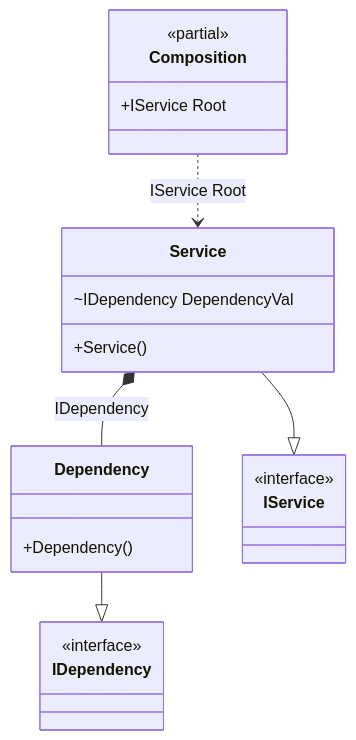
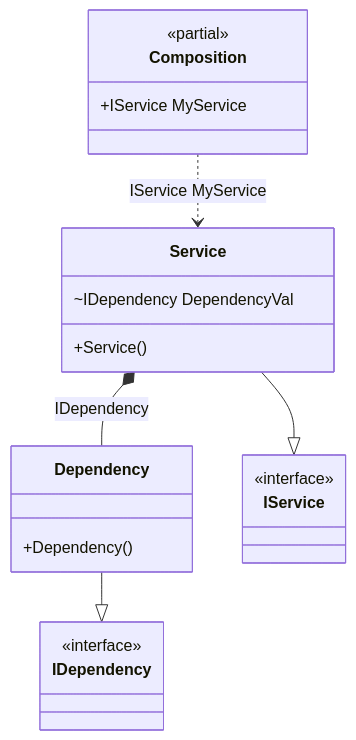
Before and after one commit to DevTeam/Pure.DI: the diagram in readme/field-injection.md, drawn with Mermaid. The commit also changed other lines of this file and 22 other files, not shown here.

````diff
--- a/readme/field-injection.md
+++ b/readme/field-injection.md
@@ -73,24 +73,24 @@
 ```mermaid
 classDiagram
 	class Composition {
 		<<partial>>
-		+IService Root
+		+IService MyService
 	}
 	Dependency --|> IDependency
 	class Dependency {
 		+Dependency()
 	}
 	Service --|> IService
 	class Service {
 		+Service()
 		~IDependency DependencyVal
 	}
 	class IDependency {
 		<<interface>>
 	}
 	class IService {
 		<<interface>>
 	}
 	Service *--  Dependency : IDependency
-	Composition ..> Service : IService Root
+	Composition ..> Service : IService MyService
 ```
````
